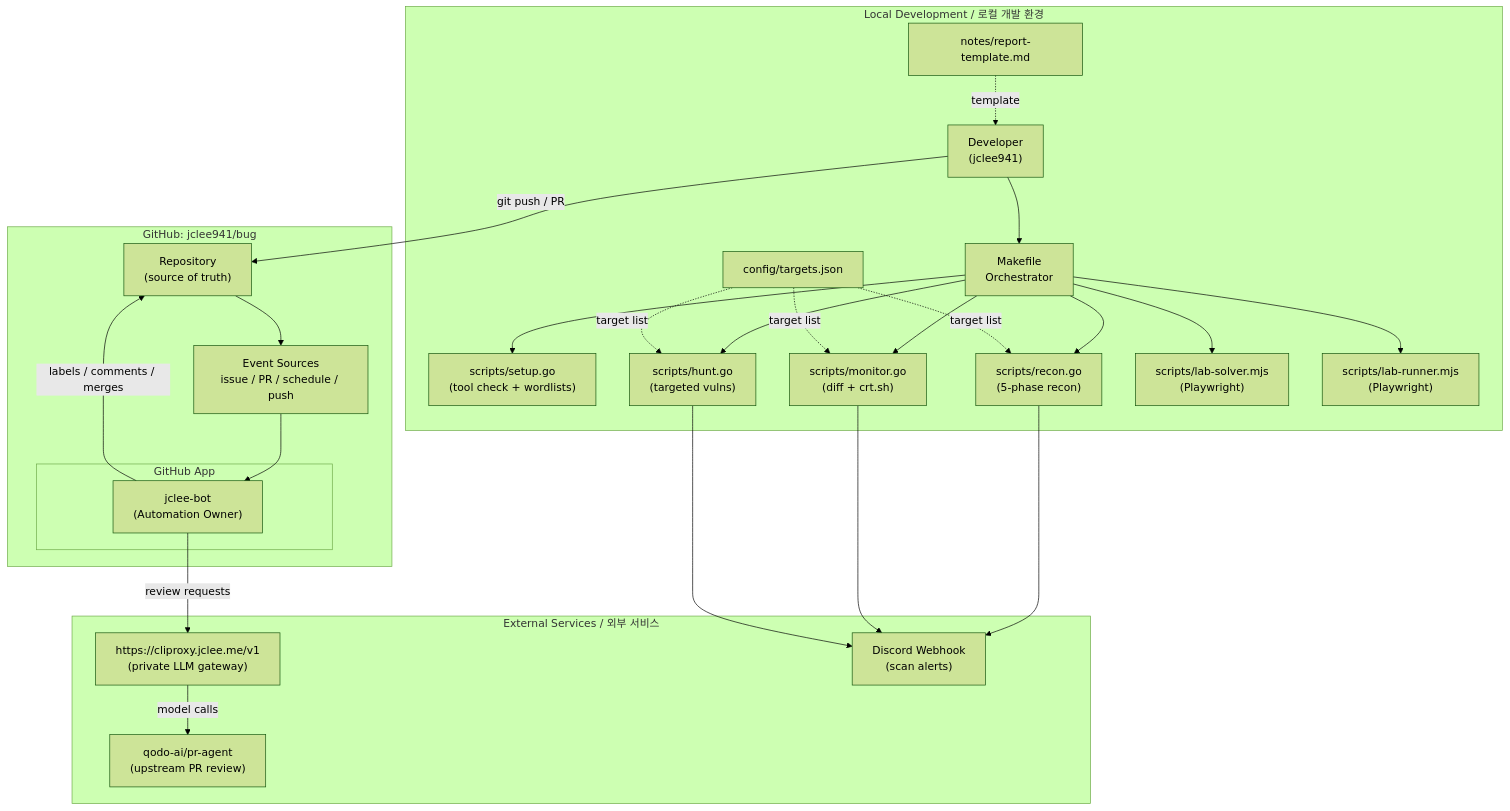
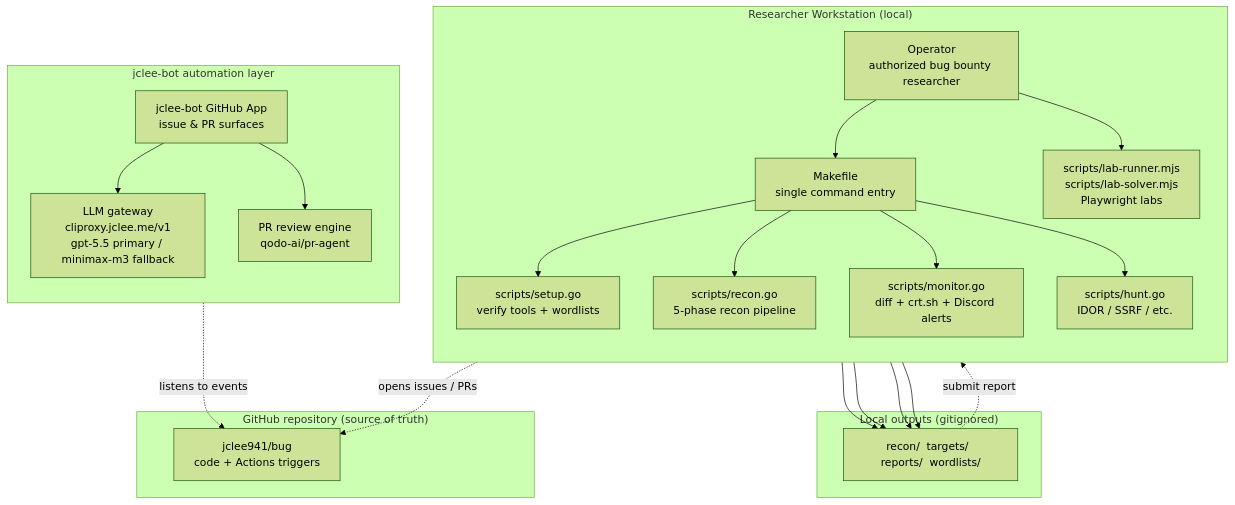
One commit to jclee941/bug changed the diagram in README.md. Above: the diagram before and after it, drawn with Mermaid (forest theme). The commit also changed other lines of this file, not shown here.

````diff
--- a/README.md
+++ b/README.md
@@ -80,50 +81,44 @@
 ```mermaid
 flowchart TB
-    subgraph Local["Local Development / 로컬 개발 환경"]
-        Dev["Developer<br/>(jclee941)"]
-        Make["Makefile<br/>Orchestrator"]
-        SetupGo["scripts/setup.go<br/>(tool check + wordlists)"]
-        ReconGo["scripts/recon.go<br/>(5-phase recon)"]
-        MonitorGo["scripts/monitor.go<br/>(diff + crt.sh)"]
-        HuntGo["scripts/hunt.go<br/>(targeted vulns)"]
-        SolverMjs["scripts/lab-solver.mjs<br/>(Playwright)"]
-        RunnerMjs["scripts/lab-runner.mjs<br/>(Playwright)"]
-        Cfg["config/targets.json"]
-        Report["notes/report-template.md"]
+    subgraph WS["Researcher Workstation (local)"]
+        direction TB
+        Op["Operator<br/>authorized bug bounty researcher"]
+        Mk["Makefile<br/>single command entry"]
+        Set["scripts/setup.go<br/>verify tools + wordlists"]
+        Rec["scripts/recon.go<br/>5-phase recon pipeline"]
+        Mon["scripts/monitor.go<br/>diff + crt.sh + Discord alerts"]
+        Hn["scripts/hunt.go<br/>IDOR / SSRF / etc."]
+        Lab["scripts/lab-runner.mjs<br/>scripts/lab-solver.mjs<br/>Playwright labs"]
     end
 
-    subgraph GitHub["GitHub: jclee941/bug"]
-        Repo["Repository<br/>(source of truth)"]
-        subgraph App["GitHub App"]
-            Bot["jclee-bot<br/>(Automation Owner)"]
-        end
-        Evt["Event Sources<br/>issue / PR / schedule / push"]
+    subgraph Out["Local outputs (gitignored)"]
+        OutNode["recon/  targets/  reports/  wordlists/"]
     end
 
-    subgraph External["External Services / 외부 서비스"]
-        CLIProxy["https://cliproxy.jclee.me/v1<br/>(private LLM gateway)"]
-        PRAgent["qodo-ai/pr-agent<br/>(upstream PR review)"]
-        Discord["Discord Webhook<br/>(scan alerts)"]
+    subgraph GH["GitHub repository (source of truth)"]
+        Repo["jclee941/bug<br/>code + Actions triggers"]
     end
 
-    Dev --> Make
-    Make --> SetupGo
-    Make --> ReconGo
-    Make --> MonitorGo
-    Make --> HuntGo
-    Make --> SolverMjs
-    Make --> RunnerMjs
-    Cfg -. target list .-> ReconGo
-    Cfg -. target list .-> MonitorGo
-    Cfg -. target list .-> HuntGo
-    Report -. template .-> Dev
-    Dev -->|git push / PR| Repo
-    Repo --> Evt
-    Evt --> Bot
-    Bot -->|review requests| CLIProxy
-    CLIProxy -->|model calls| PRAgent
-    Bot -->|labels / comments / merges| Repo
-    ReconGo --> Discord
-    MonitorGo --> Discord
-    HuntGo --> Discord
+    subgraph Bot["jclee-bot automation layer"]
+        direction TB
+        BotApp["jclee-bot GitHub App<br/>issue &amp; PR surfaces"]
+        LLM["LLM gateway<br/>cliproxy.jclee.me/v1<br/>gpt-5.5 primary / minimax-m3 fallback"]
+        Rev["PR review engine<br/>qodo-ai/pr-agent"]
+    end
+
+    Op --> Mk
+    Mk --> Set
+    Mk --> Rec
+    Mk --> Mon
+    Mk --> Hn
+    Op --> Lab
+    Rec --> OutNode
+    Mon --> OutNode
+    Hn --> OutNode
+    Lab --> OutNode
+    OutNode -. "submit report" .-> Op
+    Op -. "opens issues / PRs" .-> Repo
+    BotApp -. "listens to events" .-> Repo
+    BotApp --> LLM
+    BotApp --> Rev
 ```
````
